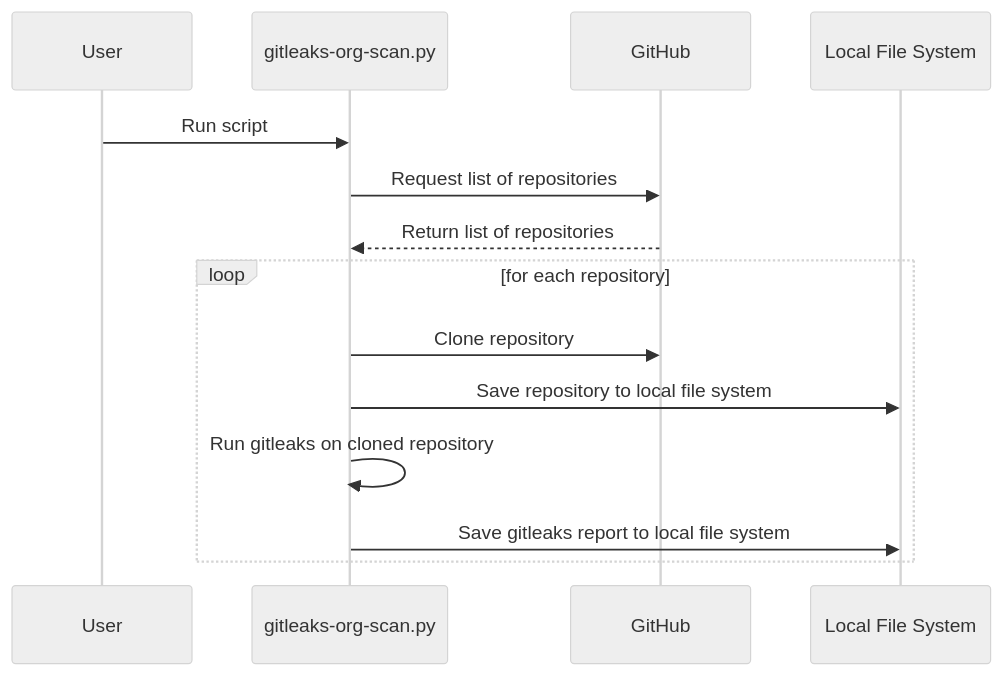
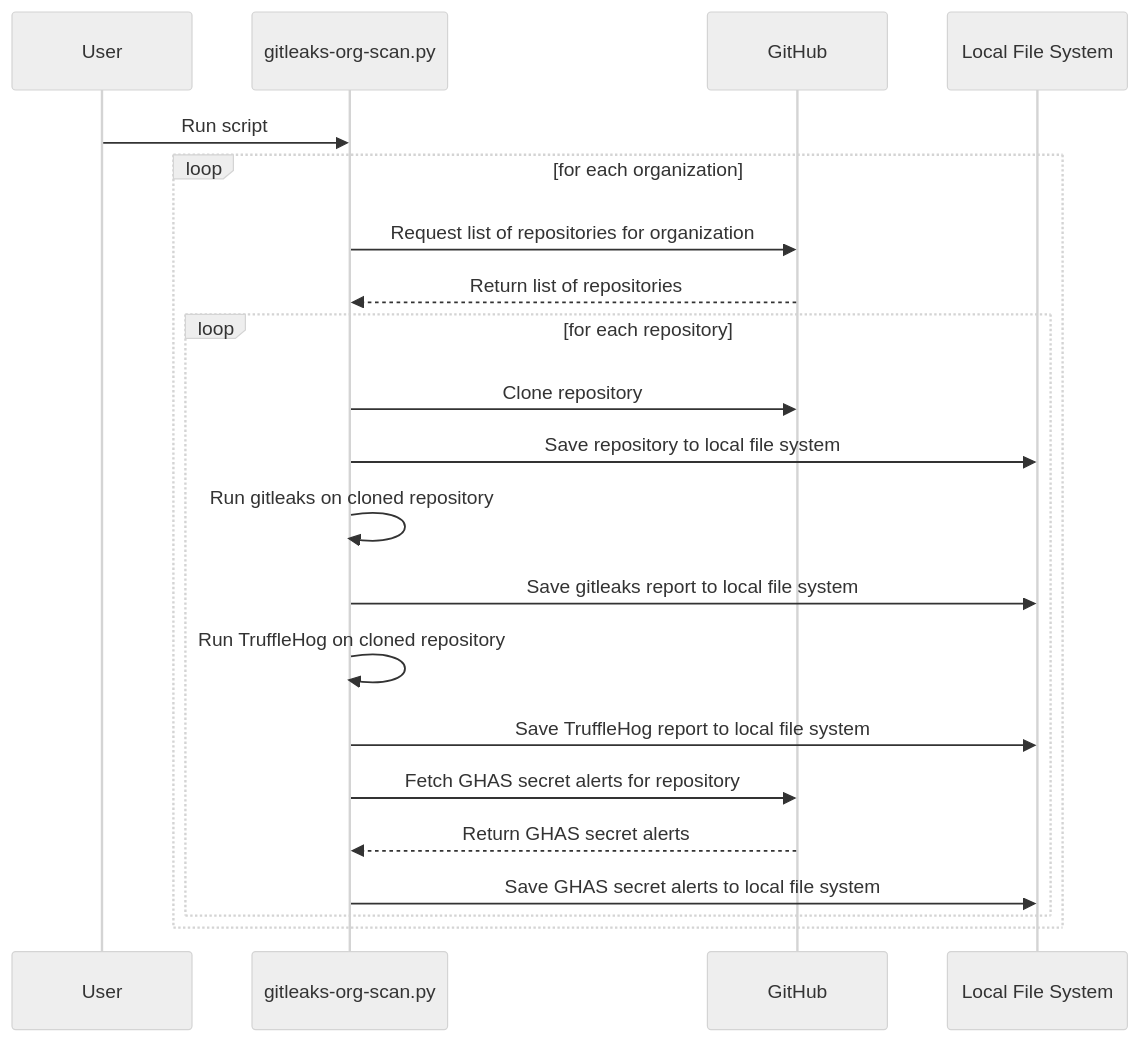
The diagram in README.md (austimkelly/secretsynth), drawn with Mermaid (neutral theme) before and after one commit. The commit also changed other lines of this file and 5 other files, not shown here.

````diff
--- a/README.md
+++ b/README.md
@@ -85,16 +107,23 @@
 ```mermaid
 sequenceDiagram
-    participant User
-    participant Script as gitleaks-org-scan.py
-    participant GitHub
-    participant FileSystem as Local File System
-    User->>Script: Run script
-    Script->>GitHub: Request list of repositories
+  participant User
+  participant Script as gitleaks-org-scan.py
+  participant GitHub
+  participant FileSystem as Local File System
+  User->>Script: Run script
+  loop for each organization
+    Script->>GitHub: Request list of repositories for organization
     GitHub-->>Script: Return list of repositories
     loop for each repository
-        Script->>GitHub: Clone repository
-        Script->>FileSystem: Save repository to local file system
-        Script->>Script: Run gitleaks on cloned repository
-        Script->>FileSystem: Save gitleaks report to local file system
+      Script->>GitHub: Clone repository
+      Script->>FileSystem: Save repository to local file system
+      Script->>Script: Run gitleaks on cloned repository
+      Script->>FileSystem: Save gitleaks report to local file system
+      Script->>Script: Run TruffleHog on cloned repository
+      Script->>FileSystem: Save TruffleHog report to local file system
+      Script->>GitHub: Fetch GHAS secret alerts for repository
+      GitHub-->>Script: Return GHAS secret alerts
+      Script->>FileSystem: Save GHAS secret alerts to local file system
     end
+  end
 ```
````
